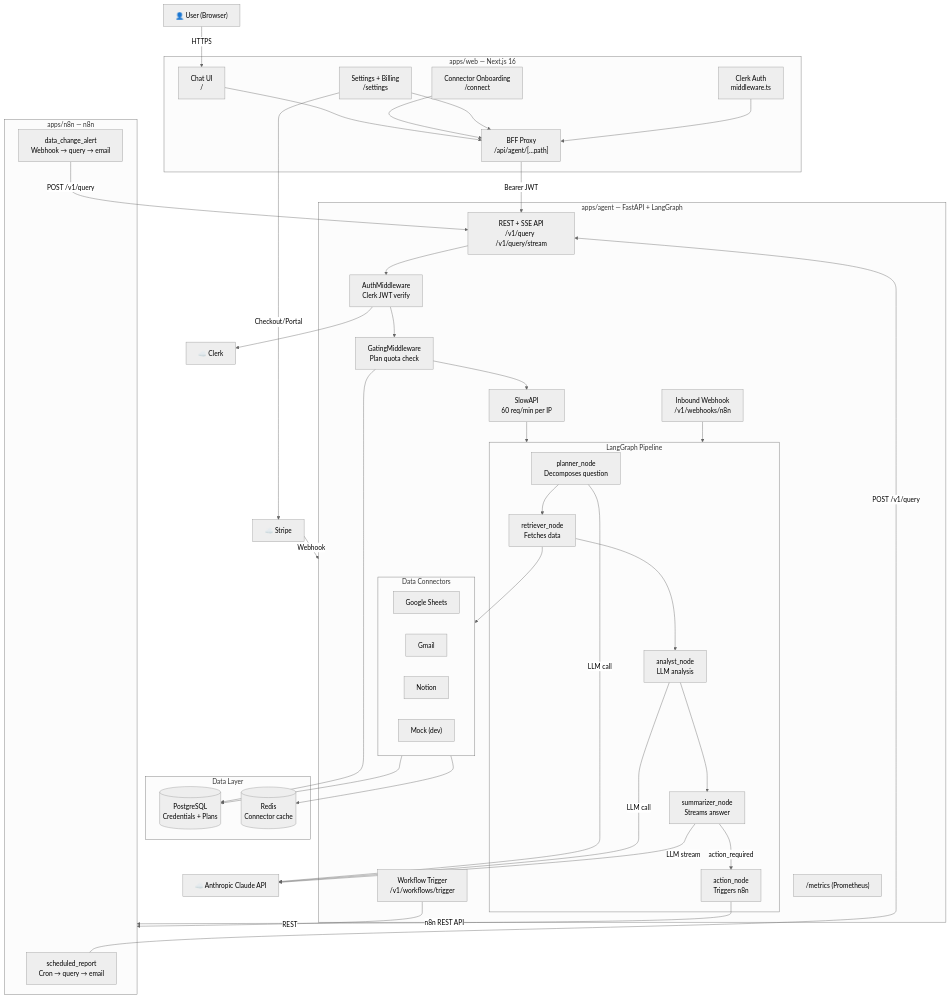
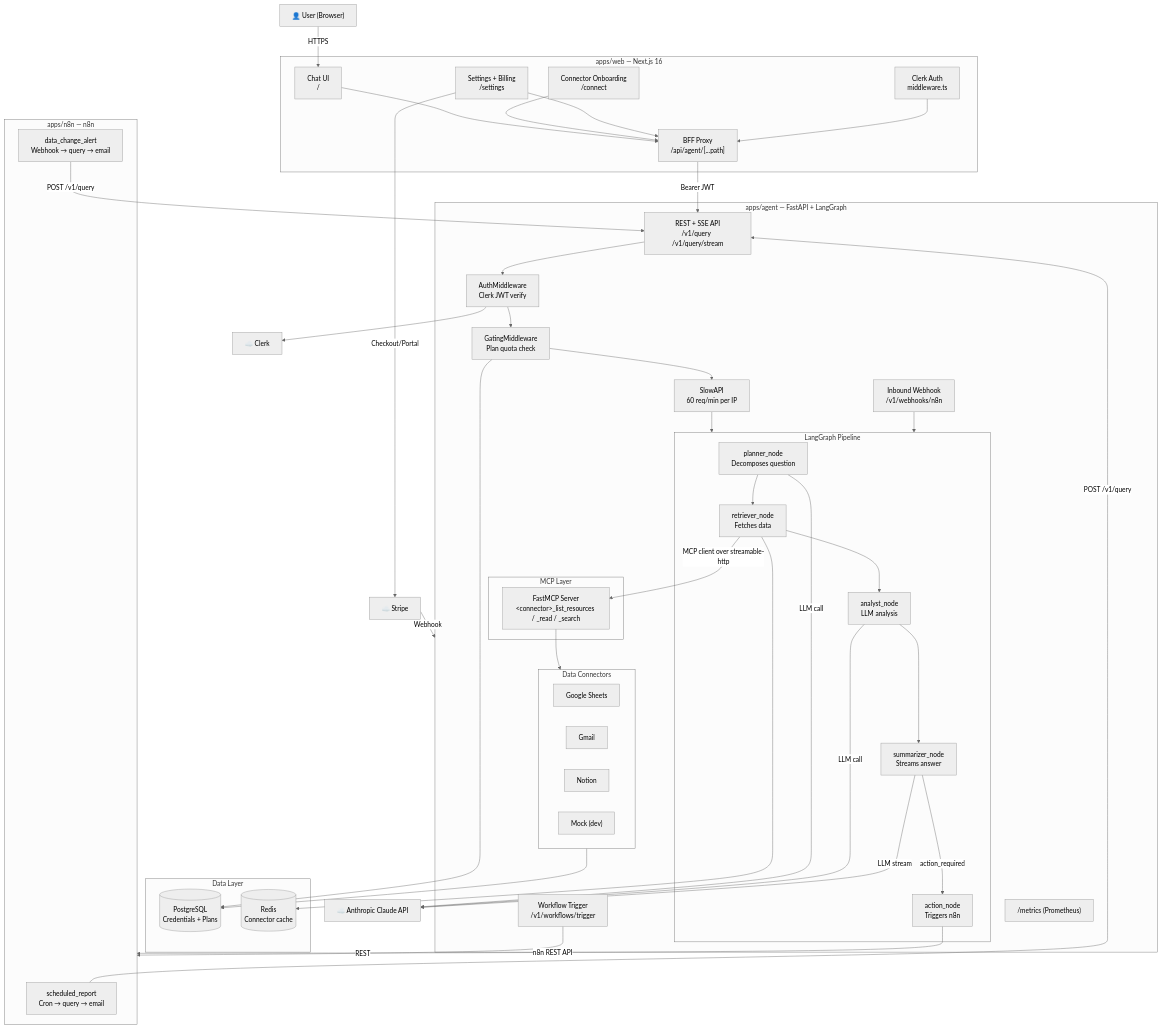
Before and after one commit to DhanushChinivar/BI-agent: the diagram in docs/diagrams/architecture.md, drawn with Mermaid (neutral theme). The commit also changed other lines of this file and 2 other files, not shown here.

Commit message:
minor updates

```diff
--- a/docs/diagrams/architecture.md
+++ b/docs/diagrams/architecture.md
@@ -24,6 +24,10 @@
             Analyst["analyst_node\nLLM analysis"]
             Summarizer["summarizer_node\nStreams answer"]
             Action["action_node\nTriggers n8n"]
+        end
+
+        subgraph MCP ["MCP Layer"]
+            MCPServer["FastMCP Server\n&lt;connector&gt;_list_resources / _read / _search"]
         end
 
         subgraph Connectors ["Data Connectors"]
@@ -70,8 +74,9 @@
     Summarizer -->|action_required| Action
     Action -->|n8n REST API| Automation
 
-    Retriever --> Connectors
-    Connectors --> Redis
+    Retriever -->|MCP client over streamable-http| MCPServer
+    MCPServer --> Connectors
+    Retriever --> Redis
     Connectors --> PG
 
     Gating --> PG
```
